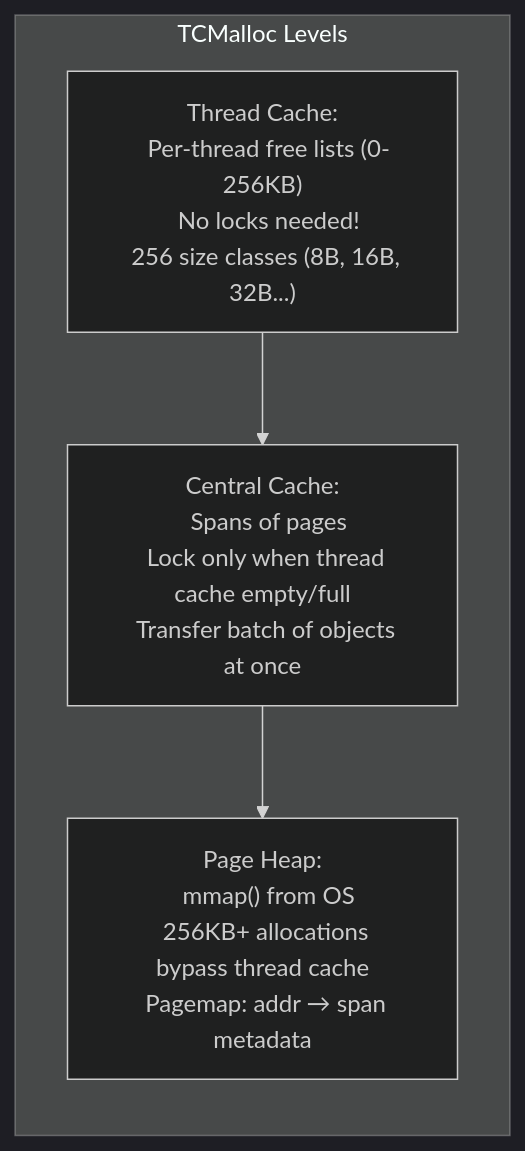
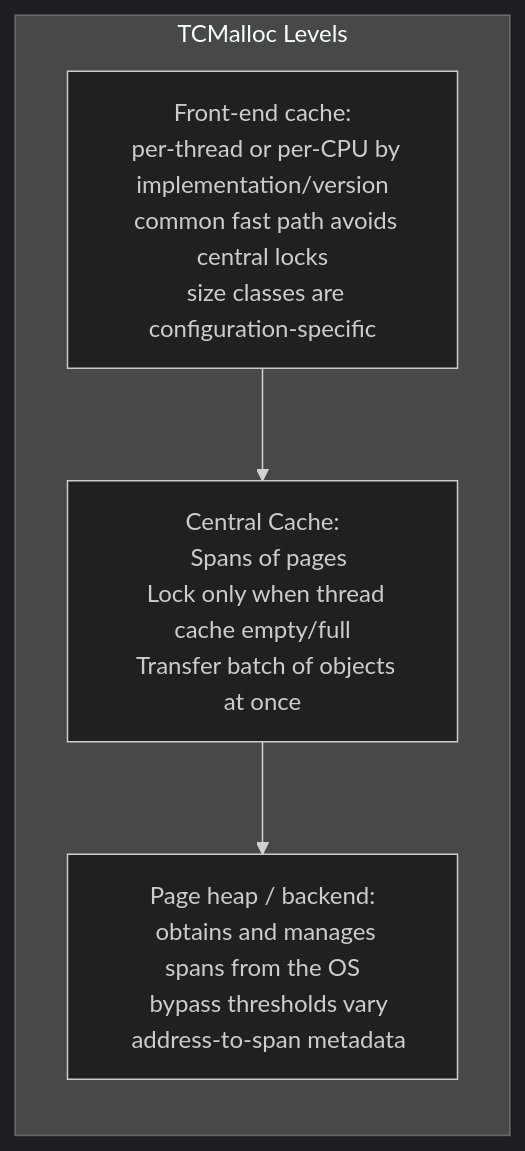
One commit to choisimo/document changed diagram 11 of 18 in content/docs/books/cs-reference/ko/systems-programming-internals.md. Above: the diagram before and after it, drawn with Mermaid (dark theme). The commit also changed other lines of this file and 504 other files, not shown here.

````diff
--- a/content/docs/books/cs-reference/ko/systems-programming-internals.md
+++ b/content/docs/books/cs-reference/ko/systems-programming-internals.md
@@ -205,9 +217,9 @@
 ```mermaid
 flowchart LR
     subgraph "TCMalloc Levels"
-        THREAD_CACHE["Thread Cache:\n  Per-thread free lists (0-256KB)\n  No locks needed!\n  256 size classes (8B, 16B, 32B...)"]
+        THREAD_CACHE["Front-end cache:\n  per-thread or per-CPU by implementation/version\n  common fast path avoids central locks\n  size classes are configuration-specific"]
         CENTRAL_CACHE["Central Cache:\n  Spans of pages\n  Lock only when thread cache empty/full\n  Transfer batch of objects at once"]
-        PAGE_HEAP["Page Heap:\n  mmap() from OS\n  256KB+ allocations bypass thread cache\n  Pagemap: addr → span metadata"]
+        PAGE_HEAP["Page heap / backend:\n  obtains and manages spans from the OS\n  bypass thresholds vary\n  address-to-span metadata"]
         THREAD_CACHE --> CENTRAL_CACHE --> PAGE_HEAP
     end
 ```
````
